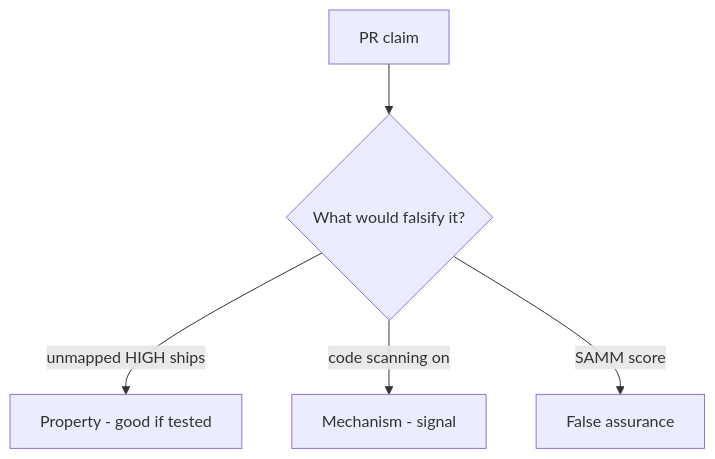
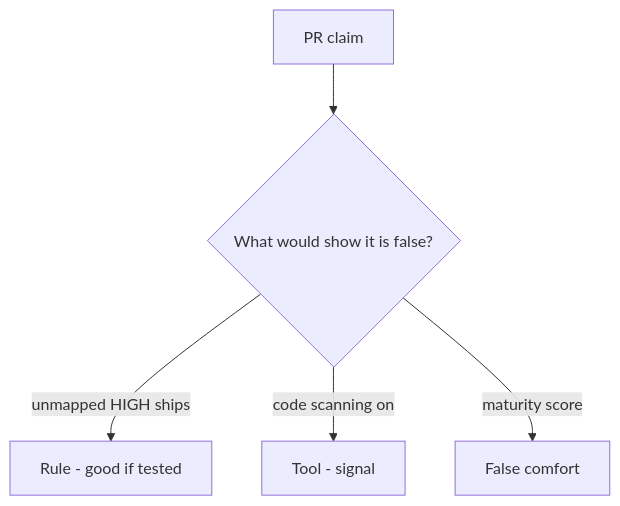
The diagram in content/modules/9/9.4/lessons/08-review.md (ishitvagoel/LearnSecurity), drawn with Mermaid before and after one commit. The commit also changed other lines of this file and 39 other files, not shown here.

````diff
--- a/content/modules/9/9.4/lessons/08-review.md
+++ b/content/modules/9/9.4/lessons/08-review.md
@@ -17,7 +18,7 @@
 ```mermaid
 flowchart TD
-  Claim[PR claim] --> Q{"What would falsify it?"}
-  Q -->|unmapped HIGH ships| Property["Property - good if tested"]
-  Q -->|code scanning on| Mechanism[Mechanism - signal]
-  Q -->|SAMM score| False[False assurance]
+  Claim[PR claim] --> Q{"What would show it is false?"}
+  Q -->|unmapped HIGH ships| Property["Rule - good if tested"]
+  Q -->|code scanning on| Mechanism[Tool - signal]
+  Q -->|maturity score| False[False comfort]
 ```
````
